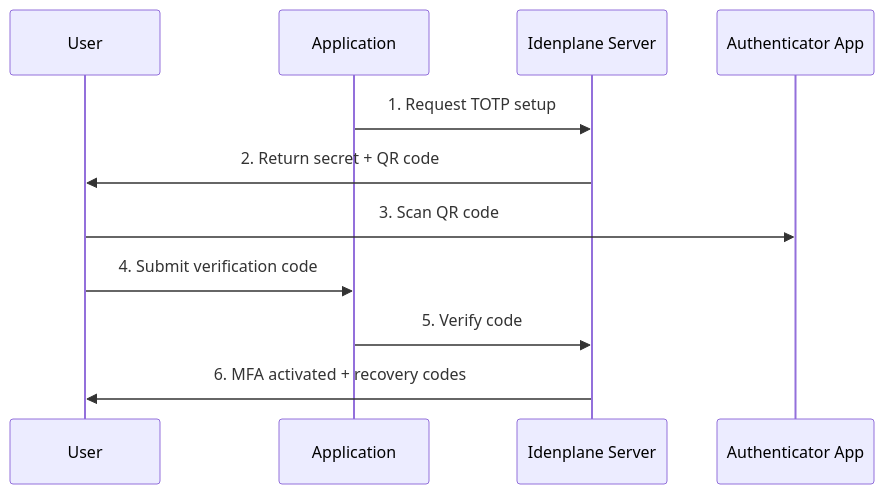
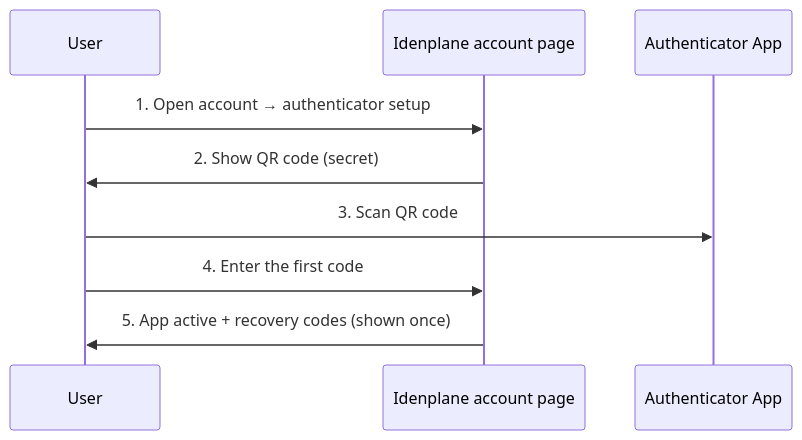
The diagram in docs/docs/guides/mfa.mdx (idenplane/idenplane), drawn with Mermaid before and after one commit. The commit also changed other lines of this file and 6 other files, not shown here.

````diff
--- a/docs/docs/guides/mfa.mdx
+++ b/docs/docs/guides/mfa.mdx
@@ -33,14 +38,12 @@
 ```mermaid
 sequenceDiagram
     participant User as User
-    participant App as Application
-    participant Idenplane as Idenplane Server
+    participant Idenplane as Idenplane account page
     participant Auth as Authenticator App
 
-    App->>Idenplane: 1. Request TOTP setup
-    Idenplane->>User: 2. Return secret + QR code
+    User->>Idenplane: 1. Open account → authenticator setup
+    Idenplane->>User: 2. Show QR code (secret)
     User->>Auth: 3. Scan QR code
-    User->>App: 4. Submit verification code
-    App->>Idenplane: 5. Verify code
-    Idenplane->>User: 6. MFA activated + recovery codes
+    User->>Idenplane: 4. Enter the first code
+    Idenplane->>User: 5. App active + recovery codes (shown once)
 ```
````
